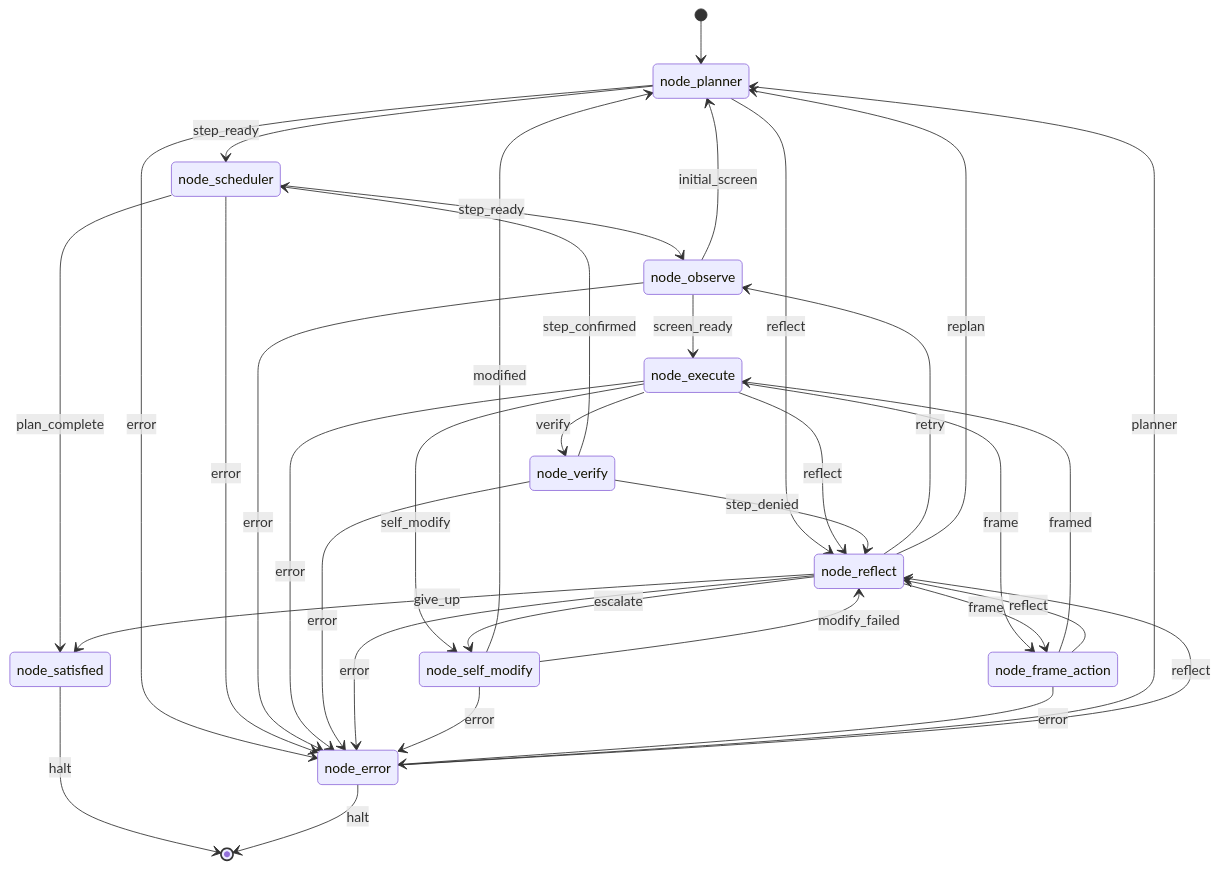
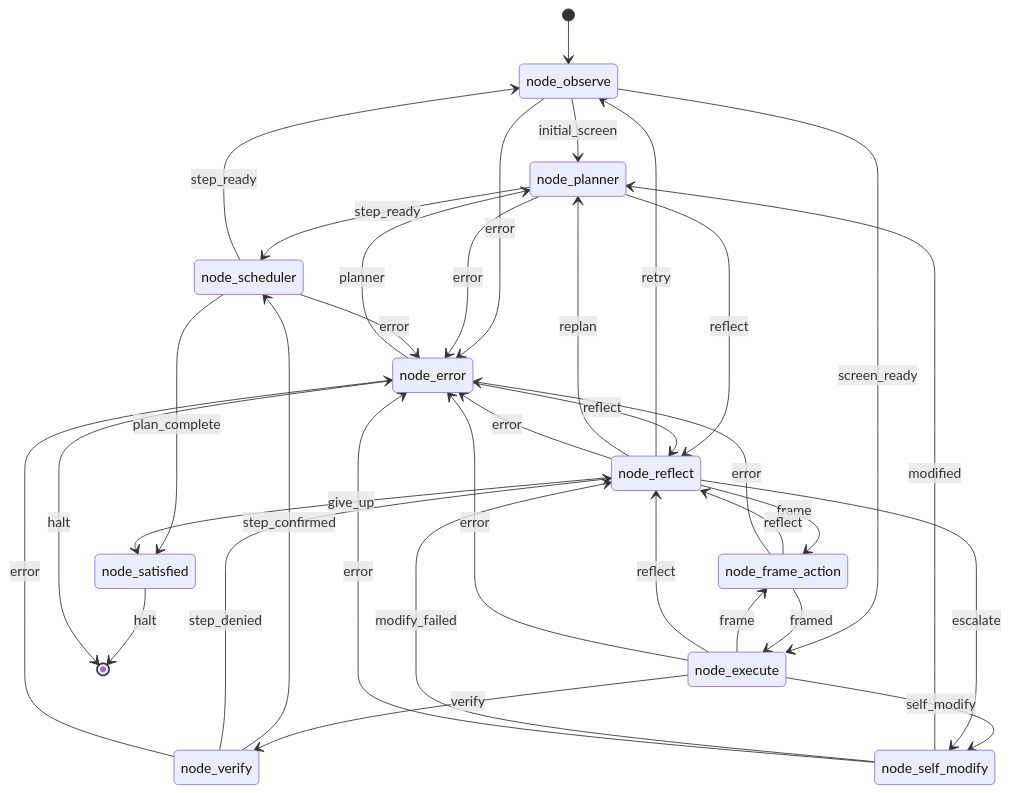
Before and after one commit to wgabrys88/endgame-ai: the first of 6 diagrams in README.md, drawn with Mermaid. The commit also changed other lines of this file and 1 other file, not shown here.

````diff
--- a/README.md
+++ b/README.md
@@ -48,37 +52,37 @@
 ```mermaid
 stateDiagram-v2
-    [*] --> node_planner
+    [*] --> node_observe
+    node_observe --> node_planner : initial_screen
+    node_observe --> node_execute : screen_ready
+    node_observe --> node_error : error
     node_planner --> node_scheduler : step_ready
     node_planner --> node_reflect : reflect
     node_planner --> node_error : error
     node_scheduler --> node_observe : step_ready
     node_scheduler --> node_satisfied : plan_complete
     node_scheduler --> node_error : error
-    node_observe --> node_planner : initial_screen
-    node_observe --> node_execute : screen_ready
-    node_observe --> node_error : error
     node_execute --> node_verify : verify
     node_execute --> node_frame_action : frame
     node_execute --> node_reflect : reflect
     node_execute --> node_self_modify : self_modify
     node_execute --> node_error : error
     node_verify --> node_scheduler : step_confirmed
     node_verify --> node_reflect : step_denied
     node_verify --> node_error : error
     node_reflect --> node_observe : retry
     node_reflect --> node_planner : replan
     node_reflect --> node_frame_action : frame
     node_reflect --> node_self_modify : escalate
     node_reflect --> node_satisfied : give_up
     node_reflect --> node_error : error
     node_self_modify --> node_planner : modified
     node_self_modify --> node_reflect : modify_failed
     node_self_modify --> node_error : error
     node_satisfied --> [*] : halt
     node_frame_action --> node_execute : framed
     node_frame_action --> node_reflect : reflect
     node_frame_action --> node_error : error
     node_error --> node_planner : planner
     node_error --> node_reflect : reflect
     node_error --> [*] : halt
 ```
````
